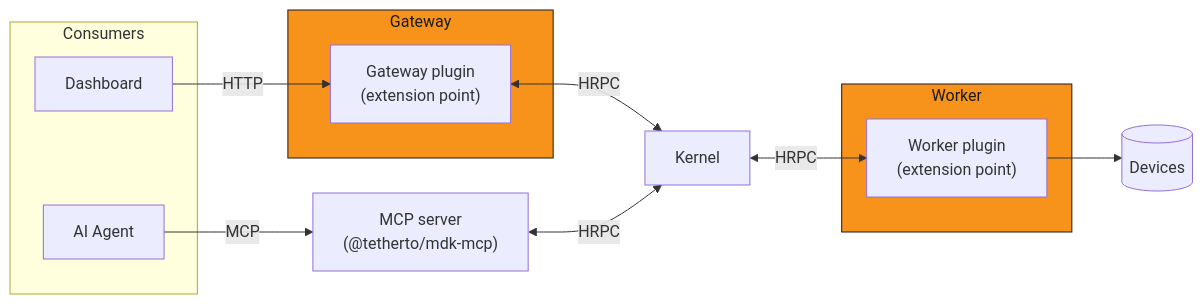
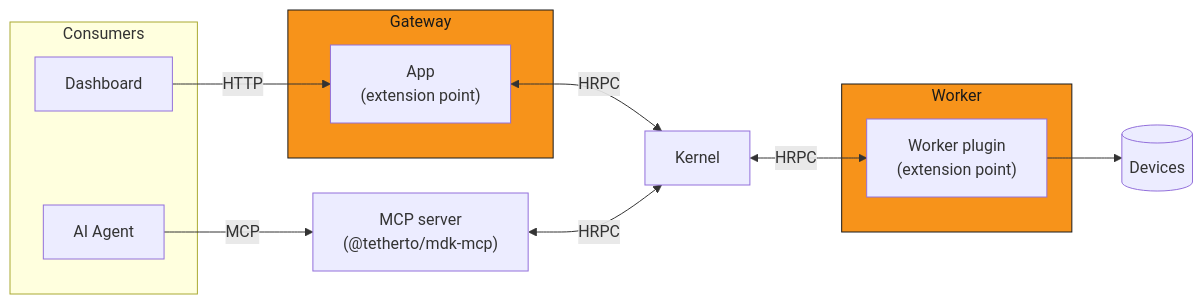
Before and after one commit to tekwani/mdk: the diagram in docs/concepts/architecture.md, drawn with Mermaid. The commit also changed other lines of this file and 236 other files, not shown here.

````diff
--- a/docs/concepts/architecture.md
+++ b/docs/concepts/architecture.md
@@ -20,31 +20,31 @@
 ```mermaid
 flowchart LR
     subgraph consumers [Consumers]
         Agent["AI Agent"]
         Dashboard["Dashboard"]
     end
 
     subgraph gw ["Gateway"]
-        GP["Gateway plugin\n(extension point)"]
+        GP["App\n(extension point)"]
     end
 
     MCP["MCP server\n(@tetherto/mdk-mcp)"]
 
     K["Kernel"]
 
     subgraph wk ["Worker"]
         WP["Worker plugin\n(extension point)"]
     end
 
     Devices[("Devices")]
 
     Agent -->|"MCP"| MCP
     Dashboard -->|"HTTP"| GP
     GP <-->|"HRPC"| K
     MCP <-->|"HRPC"| K
     K <-->|"HRPC"| WP
     WP --> Devices
 
     style gw fill:#F7931A,stroke:#1A1A1A,color:#1A1A1A
     style wk fill:#F7931A,stroke:#1A1A1A,color:#1A1A1A
 ```
````
